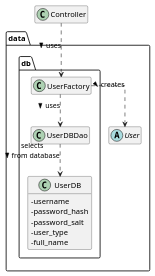
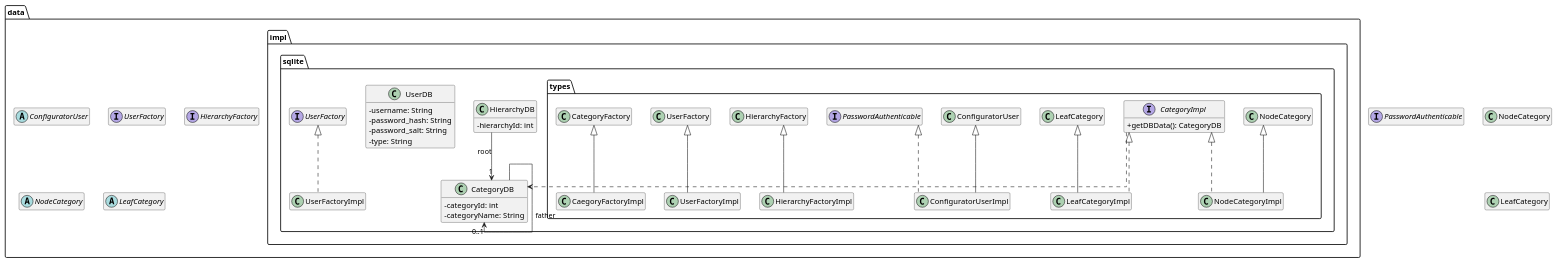
Before and after one commit to Matlice/ing_sw_2022: the diagram in DOC/VER1/diagrams/class/class_diagram_db.puml, drawn with PlantUML. The commit also changed 3 other files, not shown here.

```diff
--- a/DOC/VER1/diagrams/class/class_diagram_db.puml
+++ b/DOC/VER1/diagrams/class/class_diagram_db.puml
@@ -1,34 +1,68 @@
 @startuml
 
 skinparam ClassAttributeIconSize 0
 'skinparam groupInheritance 2
 skinparam linetype ortho
 hide empty members
 
+interface PasswordAuthenticable
+
 package data #FFFFFF {
-    abstract class User
+    abstract class ConfiguratorUser
+    interface UserFactory
+    interface HierarchyFactory
 
-    package db #FFFFFF {
-        class UserDB {
-            - username
-            - password_hash
-            - password_salt
-            - user_type
-            - full_name
+    abstract class NodeCategory
+    abstract class LeafCategory
+
+    package impl.sqlite #FFFFFF {
+        
+        class CategoryDB {
+            - categoryId: int
+            - categoryName: String
         }
 
-        class UserDBDao
+        class HierarchyDB {
+            - hierarchyId: int
+        }
 
-        class UserFactory
+        class UserDB {
+            - username: String
+            - password_hash: String
+            - password_salt: String
+            - type: String
+        }
+
+        class UserFactoryImpl implements UserFactory {
+
+        }
+
+        package types {
+            interface CategoryImpl {
+                + getDBData(): CategoryDB
+            }
+
+            class NodeCategoryImpl extends NodeCategory implements CategoryImpl
+            class LeafCategoryImpl extends LeafCategory implements CategoryImpl
+
+            class ConfiguratorUserImpl extends ConfiguratorUser implements PasswordAuthenticable
+
+            class HierarchyFactoryImpl extends HierarchyFactory
+            class UserFactoryImpl extends UserFactory
+            class CaegoryFactoryImpl extends CategoryFactory
+
+        }
+
     }
 
 }
 
+CategoryDB --> "0..1" CategoryDB: father
+HierarchyDB --> "1" CategoryDB: root
+
+CategoryImpl ..> CategoryDB
+
+NodeCategory -[hidden]-> LeafCategory
 
 
-Controller ..> UserFactory: uses >
-UserFactory ..> User: creates >
-UserFactory ..> UserDBDao: uses >
-UserDBDao ..> UserDB: selects\nfrom database >
-
 @enduml
```
